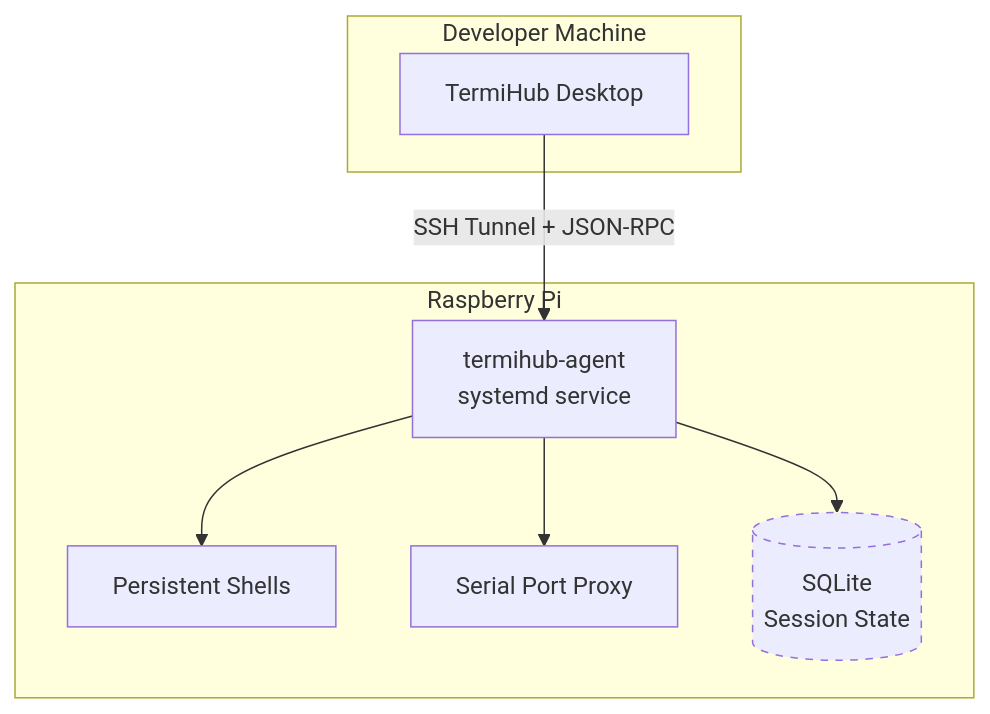
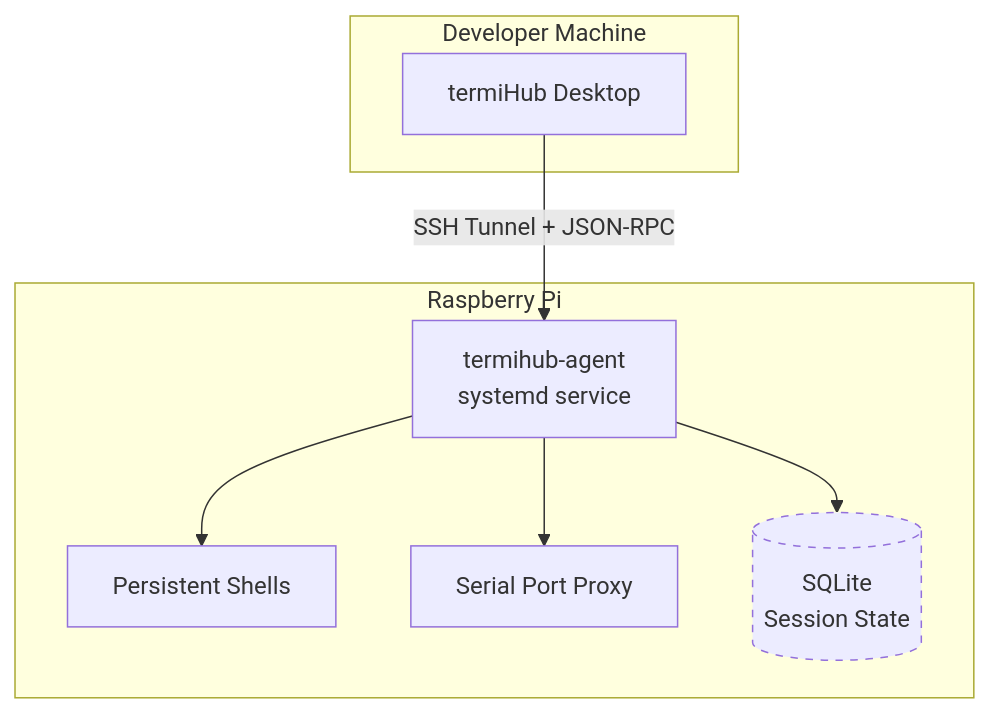
Before and after one commit to armaxri/termiHub: diagram 12 of 13 in docs/architecture.md, drawn with Mermaid. The commit also changed other lines of this file and 38 other files, not shown here.

First line of the commit message:
chore: rename TermiHub to termiHub across the project

````diff
--- a/docs/architecture.md
+++ b/docs/architecture.md
@@ -514,17 +514,17 @@
 ```mermaid
 graph TB
     subgraph "Developer Machine"
-        APP[TermiHub Desktop]
+        APP[termiHub Desktop]
     end
 
     subgraph "Raspberry Pi"
         AGENT[termihub-agent<br/>systemd service]
         AGENT --> SHELL[Persistent Shells]
         AGENT --> SERIAL_P[Serial Port Proxy]
         AGENT --> DB[(SQLite<br/>Session State)]
     end
 
     APP -->|SSH Tunnel + JSON-RPC| AGENT
 
     style DB stroke-dasharray: 5 5
 ```
````
